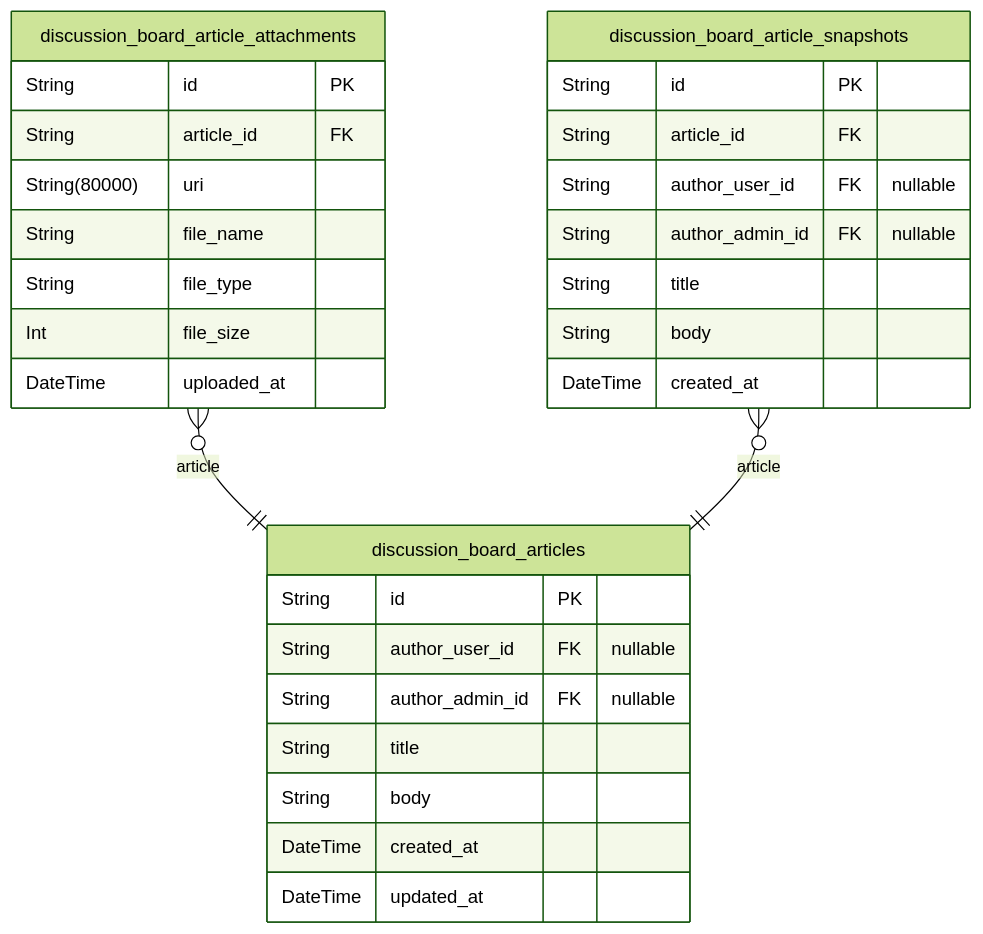
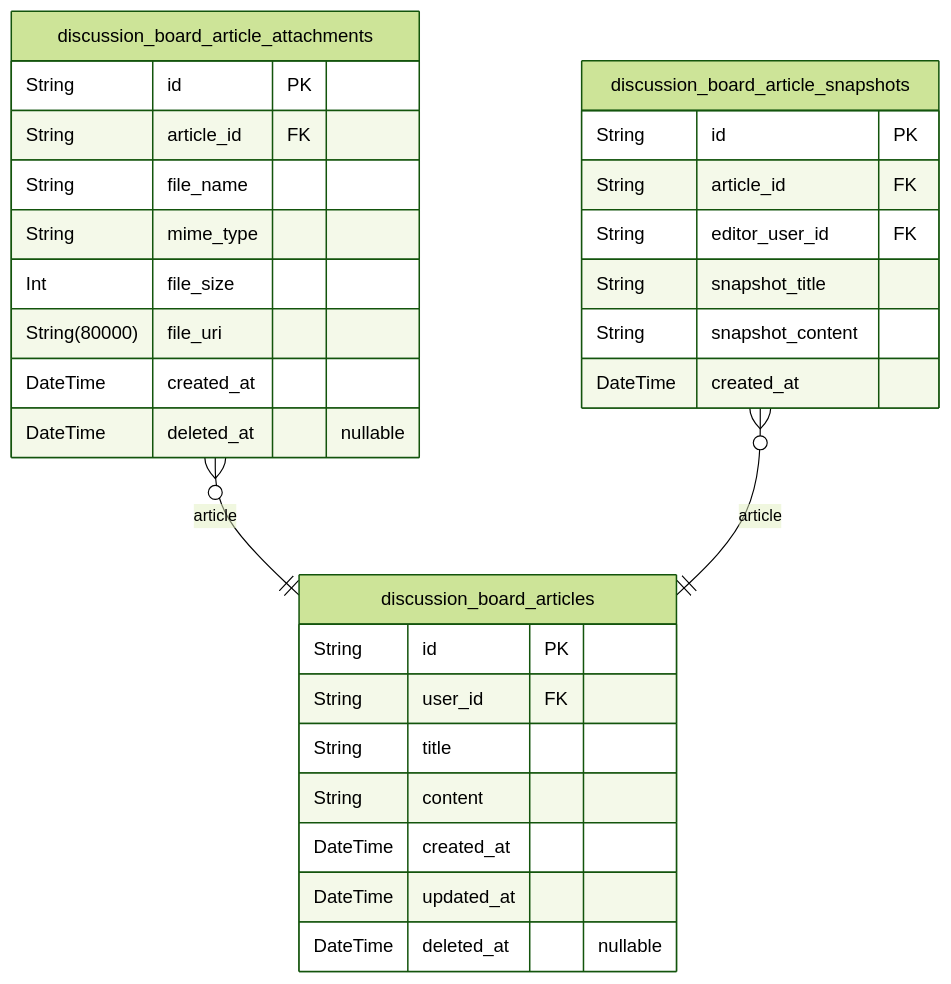
The third of 6 diagrams in openai/gpt-4.1/bbs/docs/ERD.md (wrtnlabs/autobe-examples), drawn with Mermaid (forest theme) before and after one commit. The commit also changed other lines of this file and 3569 other files, not shown here.

````diff
--- a/openai/gpt-4.1/bbs/docs/ERD.md
+++ b/openai/gpt-4.1/bbs/docs/ERD.md
@@ -215,32 +213,32 @@
 ```mermaid
 erDiagram
 "discussion_board_articles" {
   String id PK
-  String author_user_id FK "nullable"
-  String author_admin_id FK "nullable"
+  String user_id FK
   String title
-  String body
+  String content
   DateTime created_at
   DateTime updated_at
+  DateTime deleted_at "nullable"
 }
 "discussion_board_article_attachments" {
   String id PK
   String article_id FK
-  String(80000) uri
   String file_name
-  String file_type
+  String mime_type
   Int file_size
-  DateTime uploaded_at
+  String(80000) file_uri
+  DateTime created_at
+  DateTime deleted_at "nullable"
 }
 "discussion_board_article_snapshots" {
   String id PK
   String article_id FK
-  String author_user_id FK "nullable"
-  String author_admin_id FK "nullable"
-  String title
-  String body
+  String editor_user_id FK
+  String snapshot_title
+  String snapshot_content
   DateTime created_at
 }
 "discussion_board_article_attachments" }o--|| "discussion_board_articles" : article
 "discussion_board_article_snapshots" }o--|| "discussion_board_articles" : article
 ```
````
